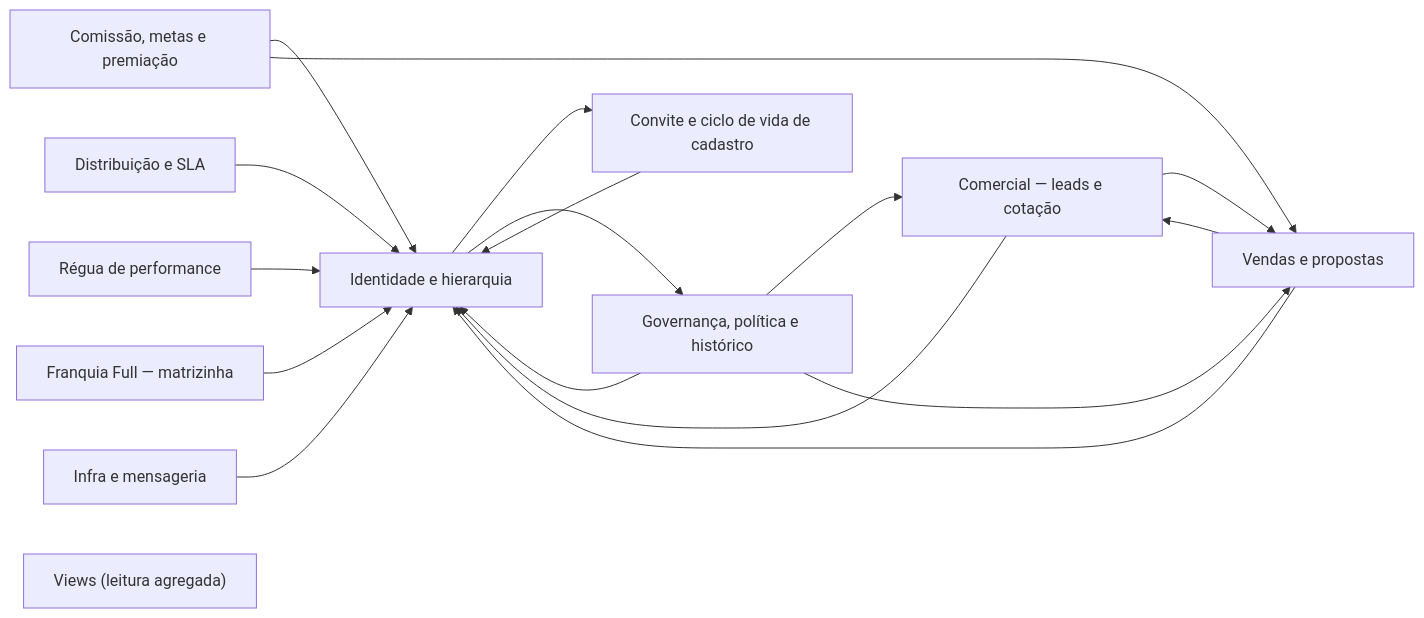
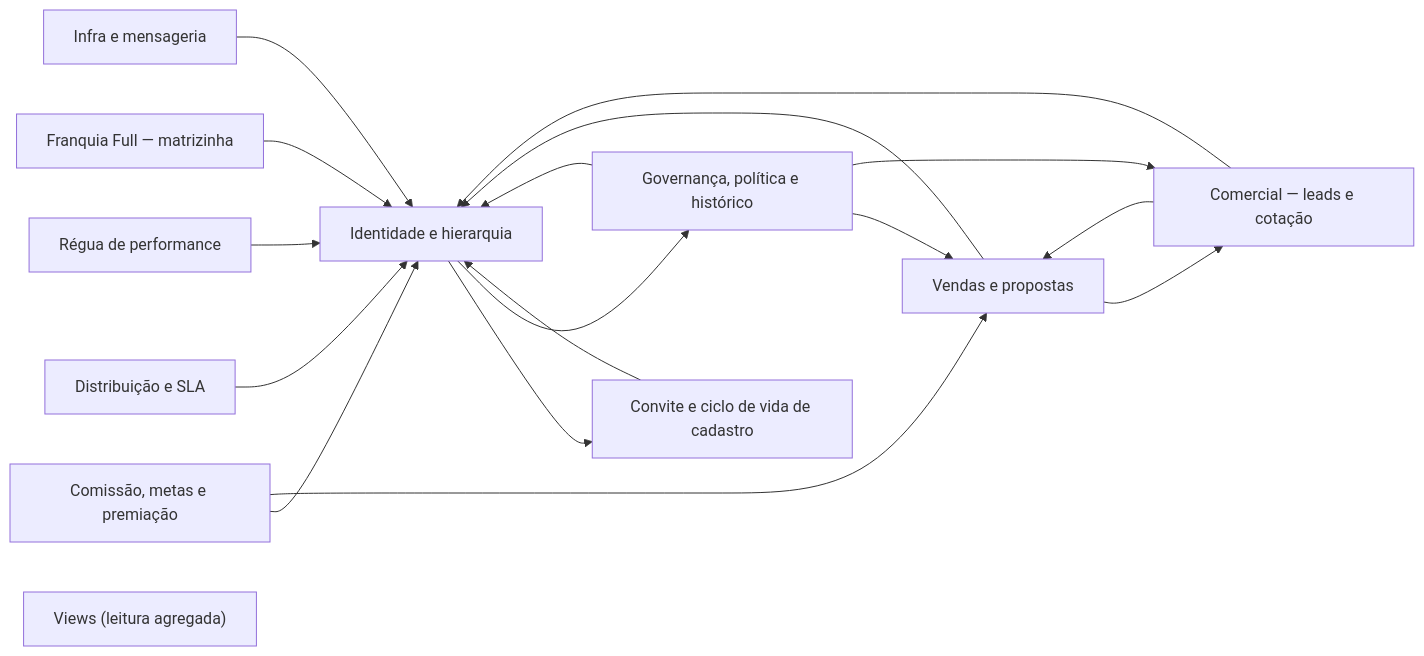
One commit to DiegoGervasioAllcom/cotecerto33 changed the first of 10 diagrams in docs/DOC_BANCO_V11.md. Above: the diagram before and after it, drawn with Mermaid. The commit also changed other lines of this file, not shown here.

````diff
--- a/docs/DOC_BANCO_V11.md
+++ b/docs/DOC_BANCO_V11.md
@@ -45,30 +45,30 @@
 ```mermaid
 flowchart LR
     Identidade_e_hierarquia["Identidade e hierarquia"]
     Convite_e_ciclo_de_vida_de_cadastro["Convite e ciclo de vida de cadastro"]
     Comercial___leads_e_cota__o["Comercial — leads e cotação"]
     Vendas_e_propostas["Vendas e propostas"]
     Comiss_o__metas_e_premia__o["Comissão, metas e premiação"]
     Distribui__o_e_SLA["Distribuição e SLA"]
     R_gua_de_performance["Régua de performance"]
     Franquia_Full___matrizinha["Franquia Full — matrizinha"]
     Governan_a__pol_tica_e_hist_rico["Governança, política e histórico"]
     Infra_e_mensageria["Infra e mensageria"]
     Views__leitura_agregada_["Views (leitura agregada)"]
     Identidade_e_hierarquia --> Convite_e_ciclo_de_vida_de_cadastro
     Identidade_e_hierarquia --> Governan_a__pol_tica_e_hist_rico
     Convite_e_ciclo_de_vida_de_cadastro --> Identidade_e_hierarquia
     Comercial___leads_e_cota__o --> Identidade_e_hierarquia
     Comercial___leads_e_cota__o --> Vendas_e_propostas
     Vendas_e_propostas --> Identidade_e_hierarquia
     Vendas_e_propostas --> Comercial___leads_e_cota__o
     Comiss_o__metas_e_premia__o --> Identidade_e_hierarquia
     Comiss_o__metas_e_premia__o --> Vendas_e_propostas
     Distribui__o_e_SLA --> Identidade_e_hierarquia
     R_gua_de_performance --> Identidade_e_hierarquia
     Franquia_Full___matrizinha --> Identidade_e_hierarquia
     Governan_a__pol_tica_e_hist_rico --> Identidade_e_hierarquia
+    Governan_a__pol_tica_e_hist_rico --> Vendas_e_propostas
     Governan_a__pol_tica_e_hist_rico --> Comercial___leads_e_cota__o
-    Governan_a__pol_tica_e_hist_rico --> Vendas_e_propostas
     Infra_e_mensageria --> Identidade_e_hierarquia
 ```
````
